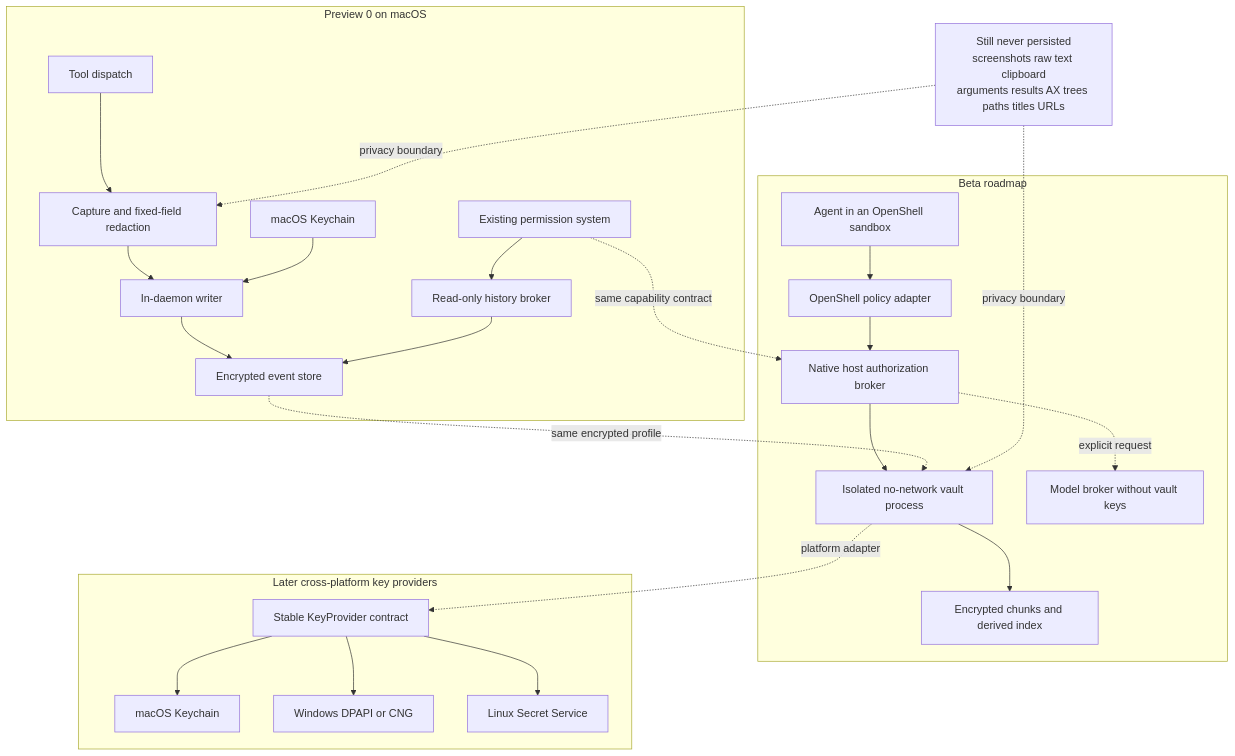
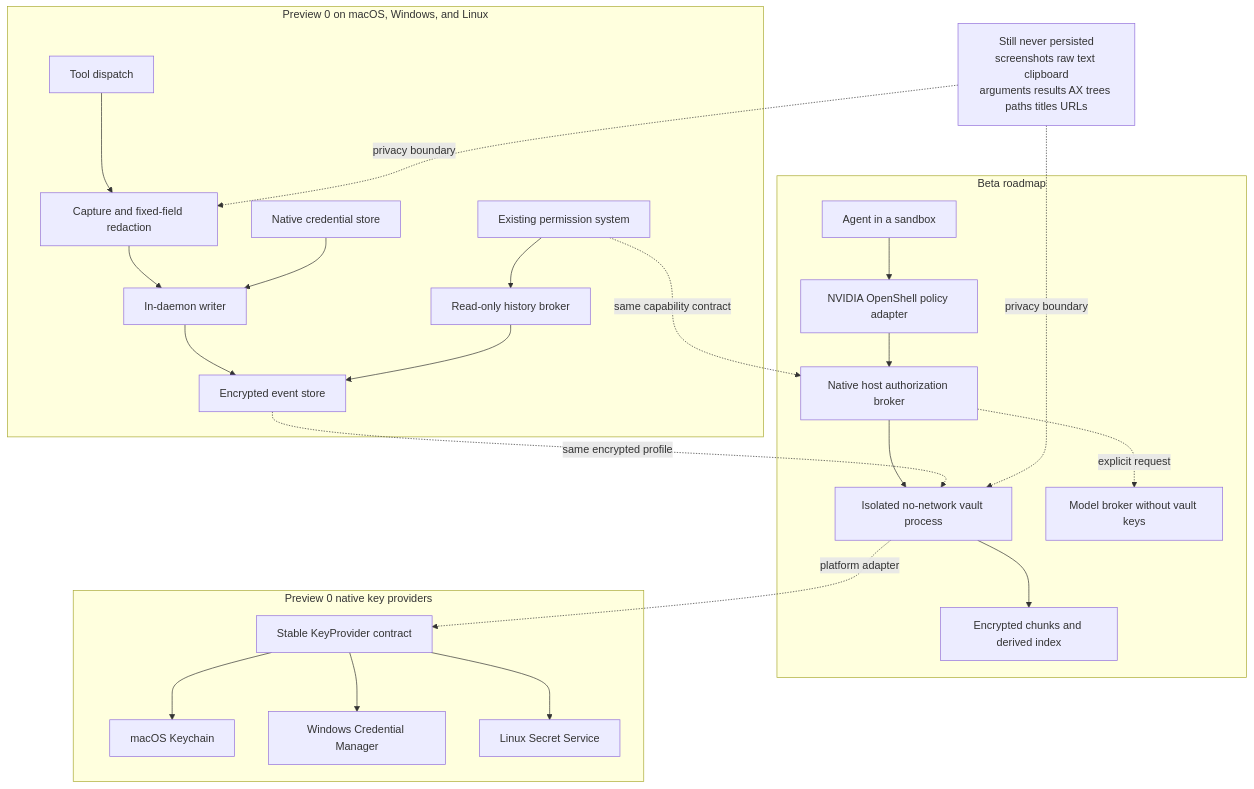
The fourth of 7 diagrams in libs/cua-driver/docs/computer-history-architecture.md (trycua/cua), drawn with Mermaid before and after one commit. The commit also changed other lines of this file and 1 other file, not shown here.

````diff
--- a/libs/cua-driver/docs/computer-history-architecture.md
+++ b/libs/cua-driver/docs/computer-history-architecture.md
@@ -175,35 +177,35 @@
 ```mermaid
 flowchart TB
-    subgraph NOW[Preview 0 on macOS]
+    subgraph NOW[Preview 0 on macOS, Windows, and Linux]
         TD[Tool dispatch] --> CR[Capture and fixed-field redaction]
         CR --> IW[In-daemon writer]
-        MK[macOS Keychain] --> IW
+        MK[Native credential store] --> IW
         IW --> ES[Encrypted event store]
         EP[Existing permission system] --> HQ[Read-only history broker]
         HQ --> ES
     end
 
     subgraph BETA[Beta roadmap]
-        AG[Agent in an OpenShell sandbox] --> OG[OpenShell policy adapter]
+        AG[Agent in a sandbox] --> OG[NVIDIA OpenShell policy adapter]
         OG --> HB[Native host authorization broker]
         HB --> VP[Isolated no-network vault process]
         VP --> EI[Encrypted chunks and derived index]
         HB -. explicit request .-> MB[Model broker without vault keys]
     end
 
-    subgraph CROSS[Later cross-platform key providers]
+    subgraph CROSS[Preview 0 native key providers]
         KP[Stable KeyProvider contract]
         KC[macOS Keychain]
-        DP[Windows DPAPI or CNG]
+        DP[Windows Credential Manager]
         SS[Linux Secret Service]
         KP --> KC
         KP --> DP
         KP --> SS
     end
 
     ES -. same encrypted profile .-> VP
     EP -. same capability contract .-> HB
     VP -. platform adapter .-> KP
     RAW[Still never persisted\nscreenshots raw text clipboard\narguments results AX trees paths titles URLs] -. privacy boundary .-> CR
     RAW -. privacy boundary .-> VP
 ```
````
